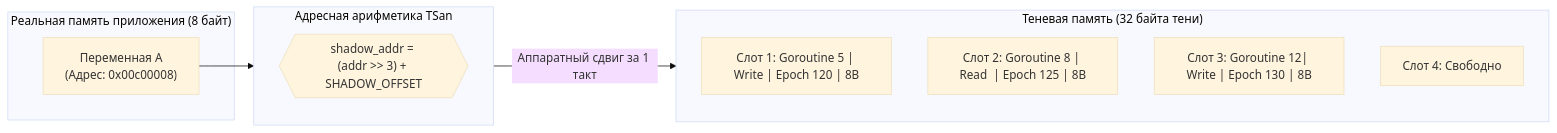
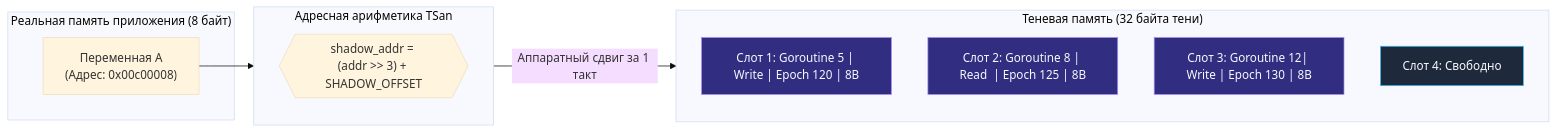
One commit to UnrealTemplier/go-textbook changed the first of 2 diagrams in sources/7. Глубокий Go (Внутреннее устройство)/46. Race Detector под капотом.md. Above: the diagram before and after it, drawn with Mermaid (base theme). The commit also changed 1666 other files, not shown here.

First line of the commit message:
feat(mermaid): add semantic color classDef to 1369 colorless flowchart/graph diagrams

````diff
--- a/sources/7. Глубокий Go (Внутреннее устройство)/46. Race Detector под капотом.md
+++ b/sources/7. Глубокий Go (Внутреннее устройство)/46. Race Detector под капотом.md
@@ -72,21 +72,31 @@
 ```mermaid
 flowchart LR
+    classDef process  fill:#1e293b,stroke:#38bdf8,stroke-width:1px,color:#f8fafc
+    classDef success  fill:#064e3b,stroke:#34d399,stroke-width:1px,color:#f8fafc
+    classDef error    fill:#7f1d1d,stroke:#f87171,stroke-width:1px,color:#f8fafc
+    classDef warning  fill:#78350f,stroke:#fbbf24,stroke-width:1px,color:#f8fafc
+    classDef entry    fill:#1e3a5f,stroke:#38bdf8,stroke-width:2px,color:#f8fafc
+    classDef aux      fill:#334155,stroke:#64748b,stroke-width:1px,color:#f8fafc
+    classDef system   fill:#312e81,stroke:#a78bfa,stroke-width:1px,color:#f8fafc
+    classDef data     fill:#132d29,stroke:#2dd4bf,stroke-width:1px,color:#f8fafc
+    classDef network  fill:#881337,stroke:#fb7185,stroke-width:1px,color:#f8fafc
+    classDef accent   fill:#1e1b4b,stroke:#818cf8,stroke-width:1px,color:#f8fafc
     subgraph APP ["Реальная память приложения (8 байт)"]
         VAR_A["Переменная A<br>(Адрес: 0x00c00008)"]
     end
     
     subgraph TSYNC ["Адресная арифметика TSan"]
         ADDR{{"shadow_addr = <br>(addr >> 3) + SHADOW_OFFSET"}}
     end
 
     subgraph SHADOW ["Теневая память (32 байта тени)"]
         direction TB
-        SLOT1["Слот 1: Goroutine 5 | Write | Epoch 120 | 8B"]
-        SLOT2["Слот 2: Goroutine 8 | Read  | Epoch 125 | 8B"]
-        SLOT3["Слот 3: Goroutine 12| Write | Epoch 130 | 8B"]
-        SLOT4["Слот 4: Свободно"]
+        SLOT1["Слот 1: Goroutine 5 | Write | Epoch 120 | 8B"]:::system
+        SLOT2["Слот 2: Goroutine 8 | Read  | Epoch 125 | 8B"]:::system
+        SLOT3["Слот 3: Goroutine 12| Write | Epoch 130 | 8B"]:::system
+        SLOT4["Слот 4: Свободно"]:::process
     end
     
     VAR_A --> TSYNC
     TSYNC -->|"Аппаратный сдвиг за 1 такт"| SHADOW
 ```
````
